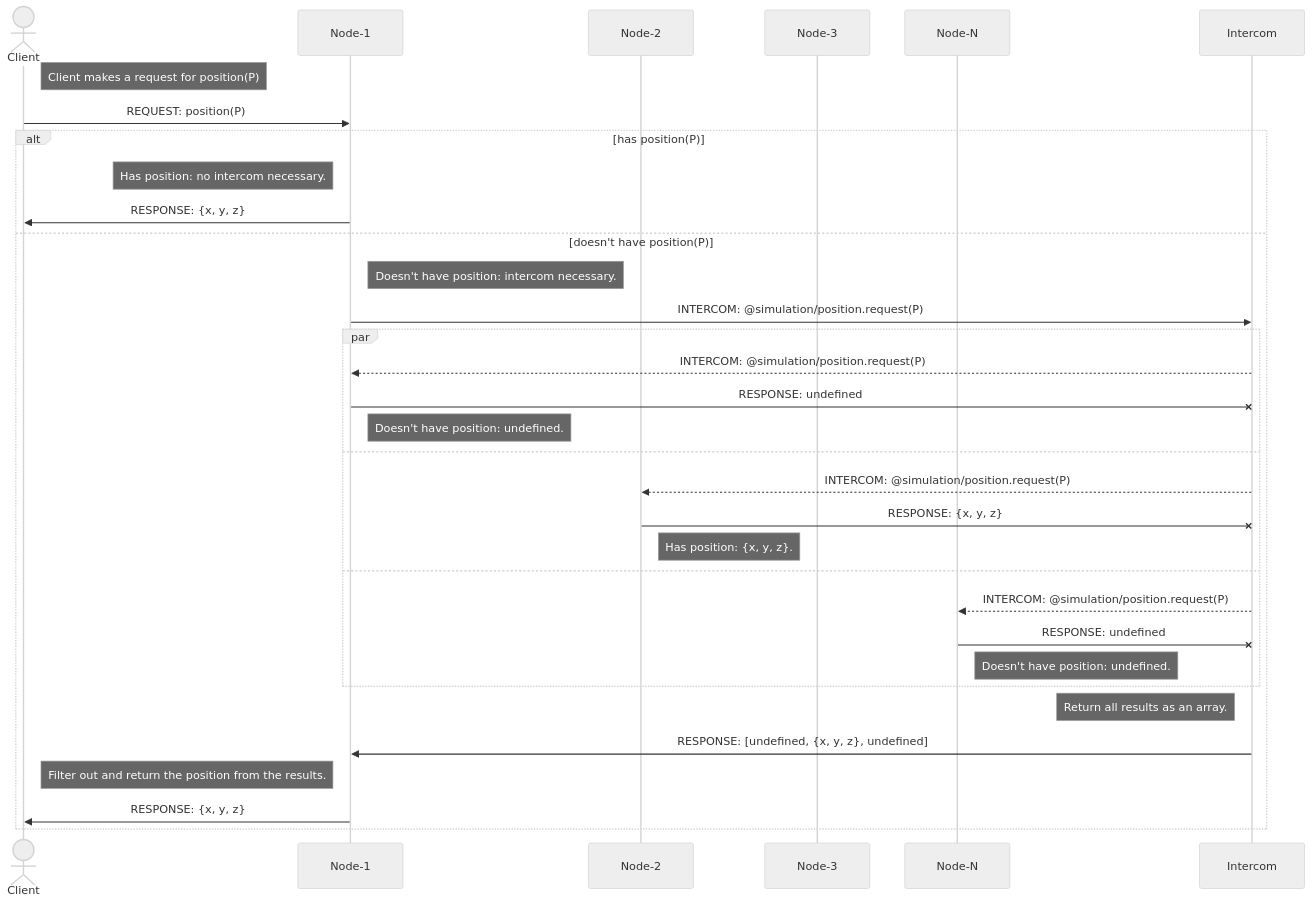
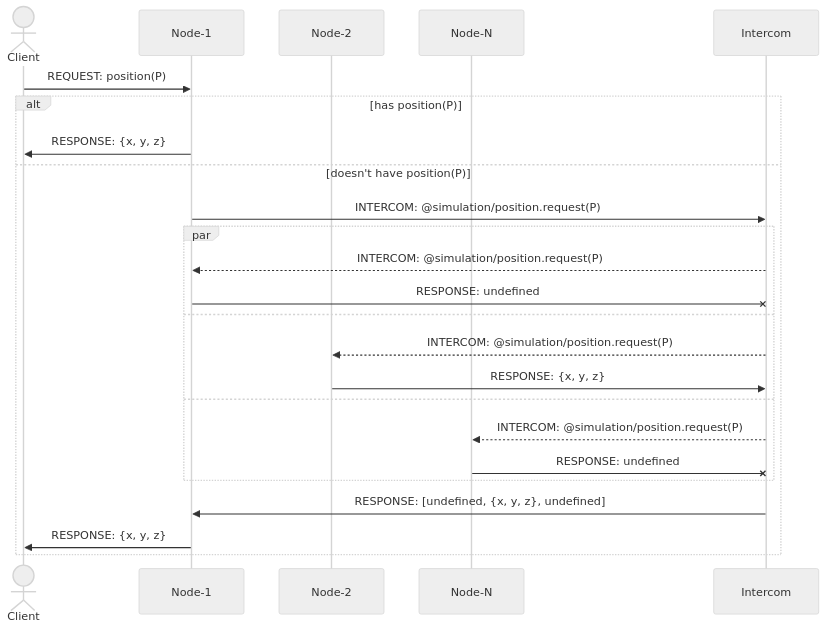
One commit to cha0s/flecks changed the diagram in website/docs/sockets.mdx. Above: the diagram before and after it, drawn with Mermaid (neutral theme). The commit also changed other lines of this file, not shown here.

````diff
--- a/website/docs/sockets.mdx
+++ b/website/docs/sockets.mdx
@@ -298,34 +300,25 @@
 ```mermaid
   sequenceDiagram
       actor Client
       participant Node-1
       participant Node-2
-      participant Node-3
       participant Node-N
-      Note right of Client: Client makes a request for position(P)
       Client->>Node-1: REQUEST: position(P)
       alt has position(P)
-        Note left of Node-1: Has position: no intercom necessary.
         Node-1->>Client: RESPONSE: {x, y, z}
       else doesn't have position(P)
-        Note right of Node-1: Doesn't have position: intercom necessary.
         Node-1->>Intercom: INTERCOM: @simulation/position.request(P)
         par
           Intercom-->>Node-1: INTERCOM: @simulation/position.request(P)
           Node-1-xIntercom: RESPONSE: undefined
-          Note right of Node-1: Doesn't have position: undefined.
         and
           Intercom-->>Node-2: INTERCOM: @simulation/position.request(P)
-          Node-2-xIntercom: RESPONSE: {x, y, z}
-          Note right of Node-2: Has position: {x, y, z}.
+          Node-2->>Intercom: RESPONSE: {x, y, z}
         and
           Intercom-->>Node-N: INTERCOM: @simulation/position.request(P)
           Node-N-xIntercom: RESPONSE: undefined
-          Note right of Node-N: Doesn't have position: undefined.
         end
-        Note left of Intercom: Return all results as an array.
         Intercom->>Node-1: RESPONSE: [undefined, {x, y, z}, undefined]
-        Note left of Node-1: Filter out and return the position from the results.
         Node-1->>Client: RESPONSE: {x, y, z}
       end
 ```
````
